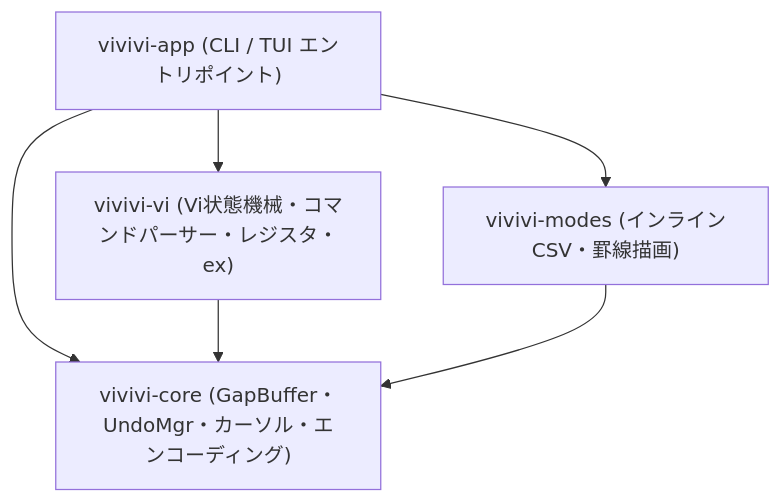
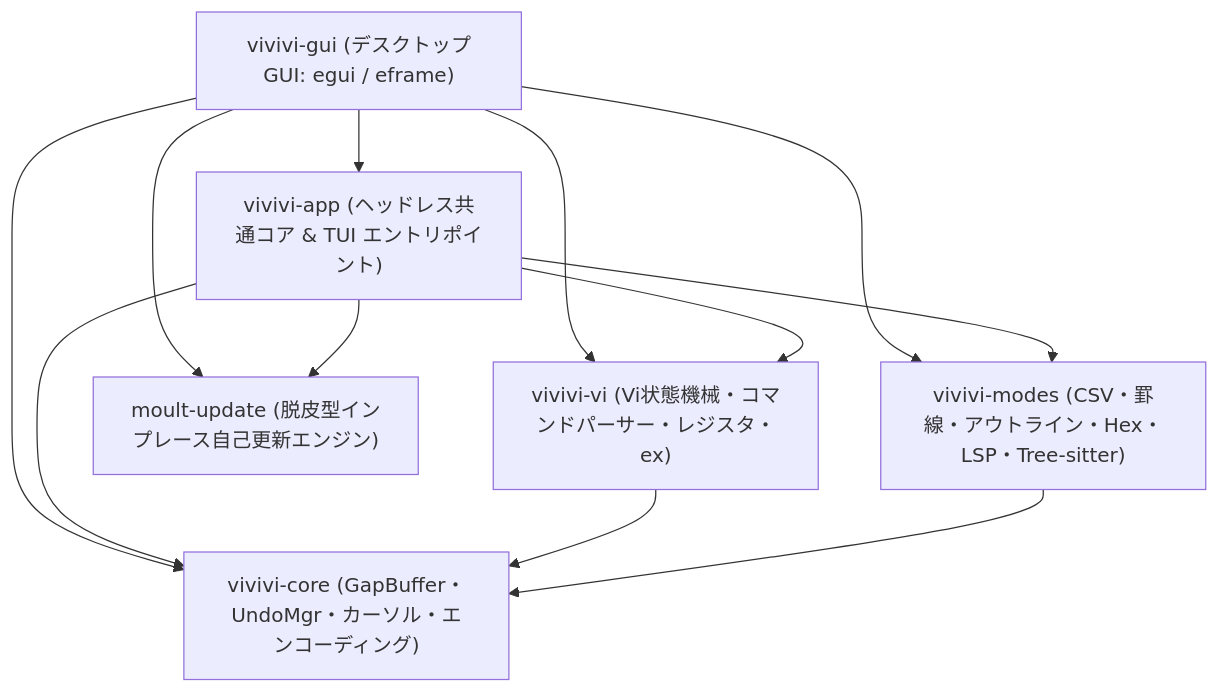
The diagram in docs/ja/ARCHITECTURE.md (tkshnkgwr/vivivi), drawn with Mermaid before and after one commit. The commit also changed other lines of this file and 60 other files, not shown here.

````diff
--- a/docs/ja/ARCHITECTURE.md
+++ b/docs/ja/ARCHITECTURE.md
@@ -24,13 +24,21 @@
 ```mermaid
 graph TD
-    App["vivivi-app (CLI / TUI エントリポイント)"]
+    Gui["vivivi-gui (デスクトップGUI: egui / eframe)"]
+    App["vivivi-app (ヘッドレス共通コア & TUI エントリポイント)"]
     Core["vivivi-core (GapBuffer・UndoMgr・カーソル・エンコーディング)"]
     Vi["vivivi-vi (Vi状態機械・コマンドパーサー・レジスタ・ex)"]
-    Modes["vivivi-modes (インラインCSV・罫線描画)"]
+    Modes["vivivi-modes (CSV・罫線・アウトライン・Hex・LSP・Tree-sitter)"]
+    Moult["moult-update (脱皮型インプレース自己更新エンジン)"]
 
+    Gui --> App
+    Gui --> Vi
+    Gui --> Modes
+    Gui --> Core
+    Gui --> Moult
     App --> Vi
     App --> Modes
     App --> Core
+    App --> Moult
     Vi --> Core
     Modes --> Core
 ```
````
